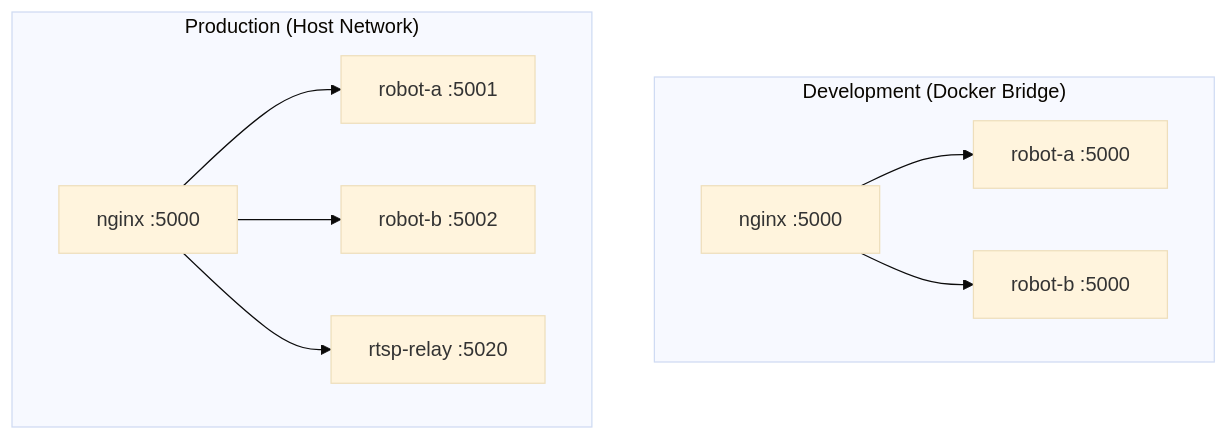
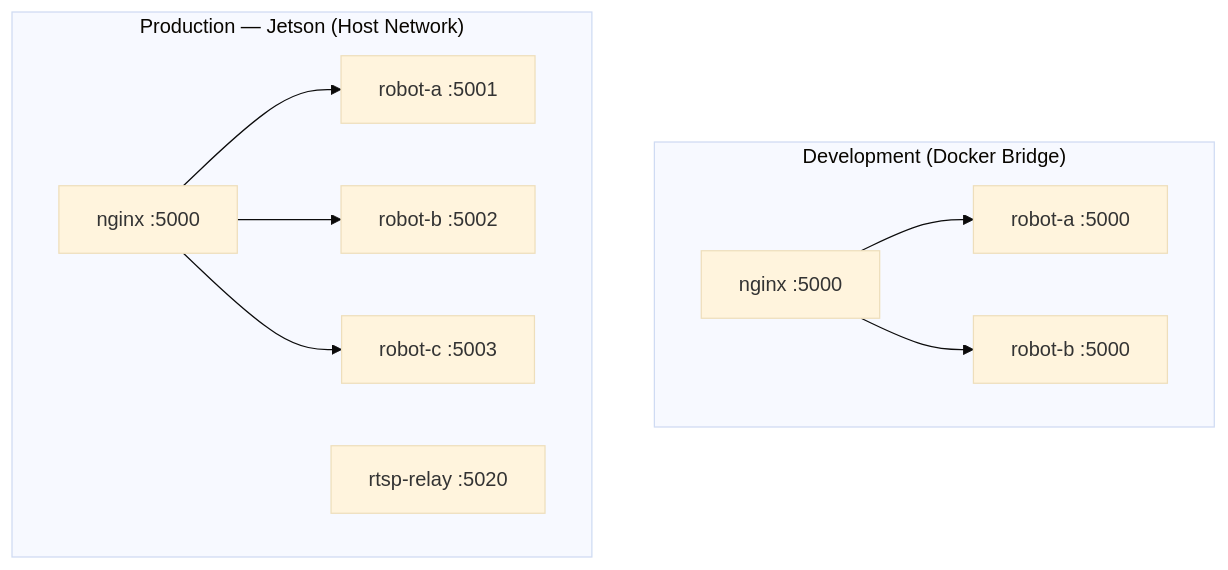
Before and after one commit to sigmarobotics/visual-patrol: the fifth of 5 diagrams in README.md, drawn with Mermaid (base theme). The commit also changed other lines of this file, not shown here.

First line of the commit message:
docs: expand README with system topology, tech stack, env vars, and DB schema

````diff
--- a/README.md
+++ b/README.md
@@ -203,13 +336,14 @@
 ```mermaid
 graph TB
     subgraph Dev["Development (Docker Bridge)"]
         DN["nginx :5000"] --> DA["robot-a :5000"]
         DN --> DB2["robot-b :5000"]
     end
 
-    subgraph Prod["Production (Host Network)"]
+    subgraph Prod["Production — Jetson (Host Network)"]
         PN["nginx :5000"] --> PA["robot-a :5001"]
         PN --> PB["robot-b :5002"]
-        PN --> PR["rtsp-relay :5020"]
+        PN --> PC["robot-c :5003"]
+        PR["rtsp-relay :5020"]
     end
 ```
````
